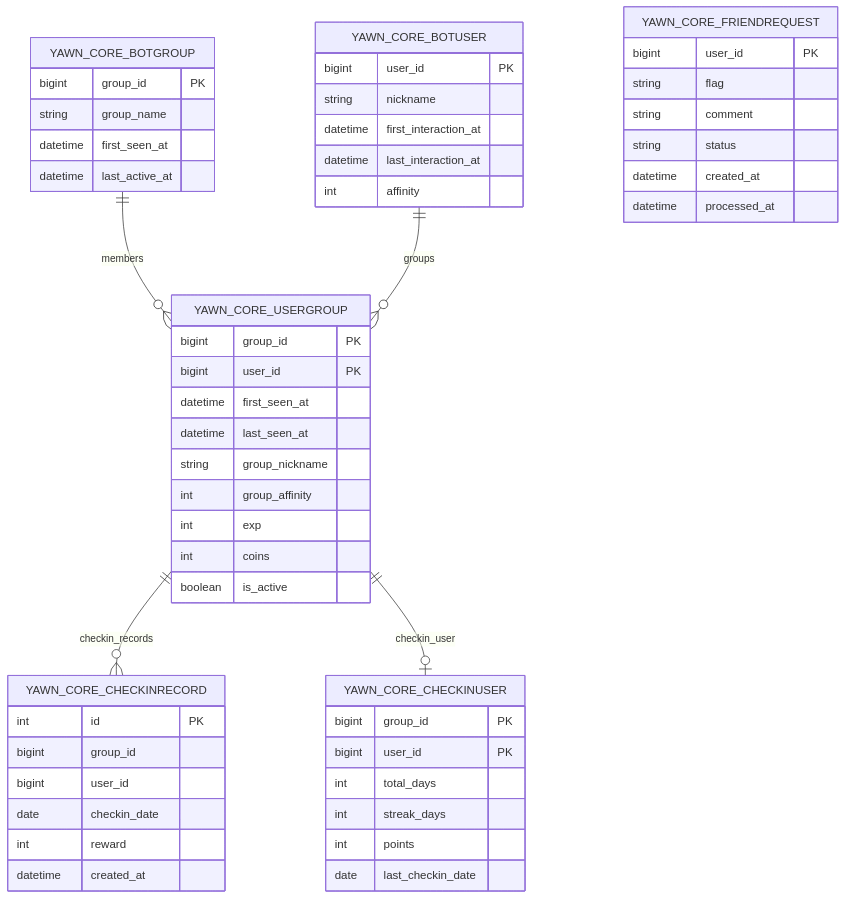
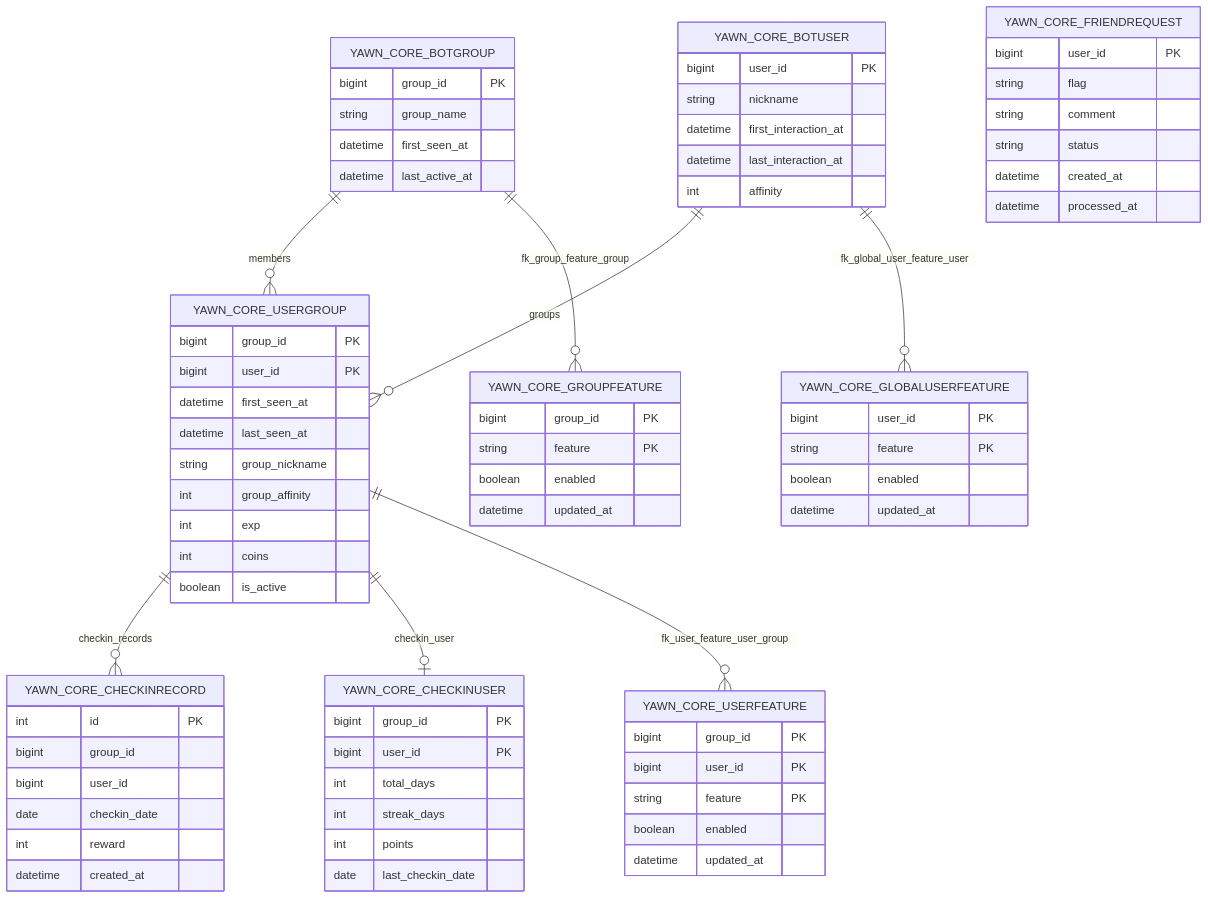
Before and after one commit to Wohaokunr/yawn_bot: the fifth of 6 diagrams in .qoder/repowiki/zh/content/数据库迁移.md, drawn with Mermaid. The commit also changed other lines of this file and 14 other files, not shown here.

First line of the commit message:
feat(yawn_core): 新增三级权限控制系统

````diff
--- a/.qoder/repowiki/zh/content/数据库迁移.md
+++ b/.qoder/repowiki/zh/content/数据库迁移.md
@@ -202,55 +333,77 @@
 ```mermaid
 erDiagram
 YAWN_CORE_BOTGROUP {
 bigint group_id PK
 string group_name
 datetime first_seen_at
 datetime last_active_at
 }
 YAWN_CORE_BOTUSER {
 bigint user_id PK
 string nickname
 datetime first_interaction_at
 datetime last_interaction_at
 int affinity
 }
 YAWN_CORE_USERGROUP {
 bigint group_id PK
 bigint user_id PK
 datetime first_seen_at
 datetime last_seen_at
 string group_nickname
 int group_affinity
 int exp
 int coins
 boolean is_active
 }
 YAWN_CORE_CHECKINRECORD {
 int id PK
 bigint group_id
 bigint user_id
 date checkin_date
 int reward
 datetime created_at
 }
 YAWN_CORE_CHECKINUSER {
 bigint group_id PK
 bigint user_id PK
 int total_days
 int streak_days
 int points
 date last_checkin_date
 }
 YAWN_CORE_FRIENDREQUEST {
 bigint user_id PK
 string flag
 string comment
 string status
 datetime created_at
 datetime processed_at
 }
+YAWN_CORE_GLOBALUSERFEATURE {
+bigint user_id PK
+string feature PK
+boolean enabled
+datetime updated_at
+}
+YAWN_CORE_GROUPFEATURE {
+bigint group_id PK
+string feature PK
+boolean enabled
+datetime updated_at
+}
+YAWN_CORE_USERFEATURE {
+bigint group_id PK
+bigint user_id PK
+string feature PK
+boolean enabled
+datetime updated_at
+}
 YAWN_CORE_BOTGROUP ||--o{ YAWN_CORE_USERGROUP : "members"
 YAWN_CORE_BOTUSER ||--o{ YAWN_CORE_USERGROUP : "groups"
 YAWN_CORE_USERGROUP ||--o{ YAWN_CORE_CHECKINRECORD : "checkin_records"
 YAWN_CORE_USERGROUP ||--o| YAWN_CORE_CHECKINUSER : "checkin_user"
+YAWN_CORE_BOTUSER ||--o{ YAWN_CORE_GLOBALUSERFEATURE : "fk_global_user_feature_user"
+YAWN_CORE_BOTGROUP ||--o{ YAWN_CORE_GROUPFEATURE : "fk_group_feature_group"
+YAWN_CORE_USERGROUP ||--o{ YAWN_CORE_USERFEATURE : "fk_user_feature_user_group"
 ```
````
